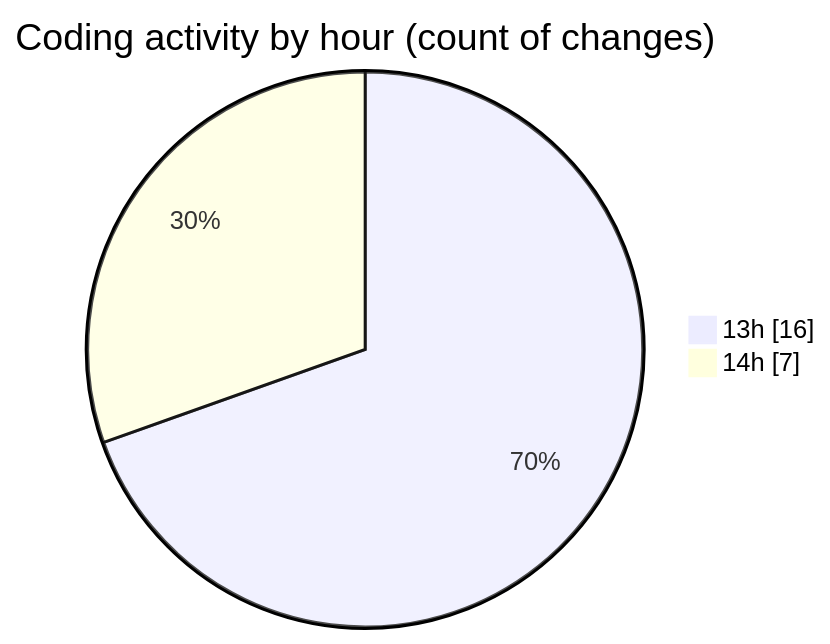
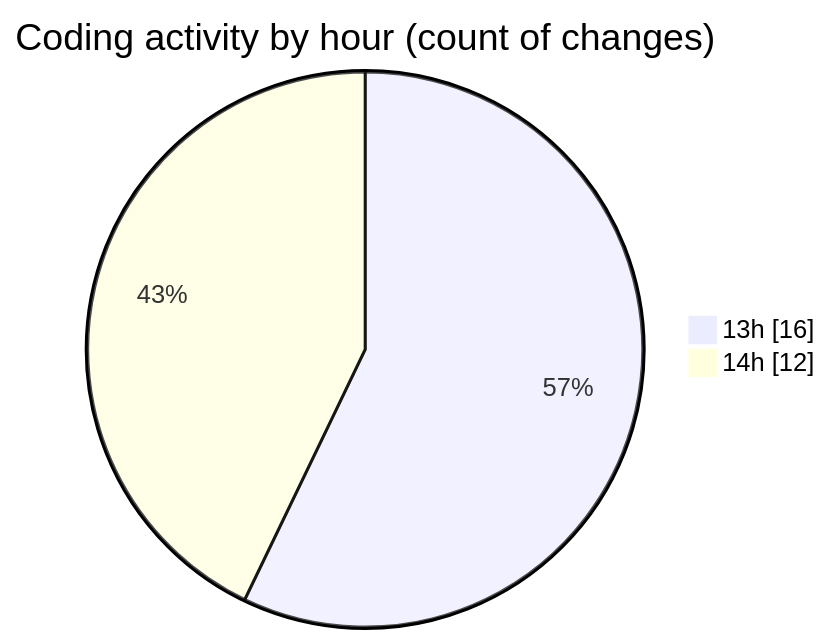
The second of 2 diagrams in 2026-06-12/cda/README.md (momahboobian/code-tracking), drawn with Mermaid before and after one commit. The commit also changed other lines of this file and 1 other file, not shown here.

````diff
--- a/2026-06-12/cda/README.md
+++ b/2026-06-12/cda/README.md
@@ -34,6 +34,6 @@
 ```mermaid
 pie showData
 title Coding activity by hour (count of changes)
 "13h" : 16
-"14h" : 7
+"14h" : 12
 ```
````
